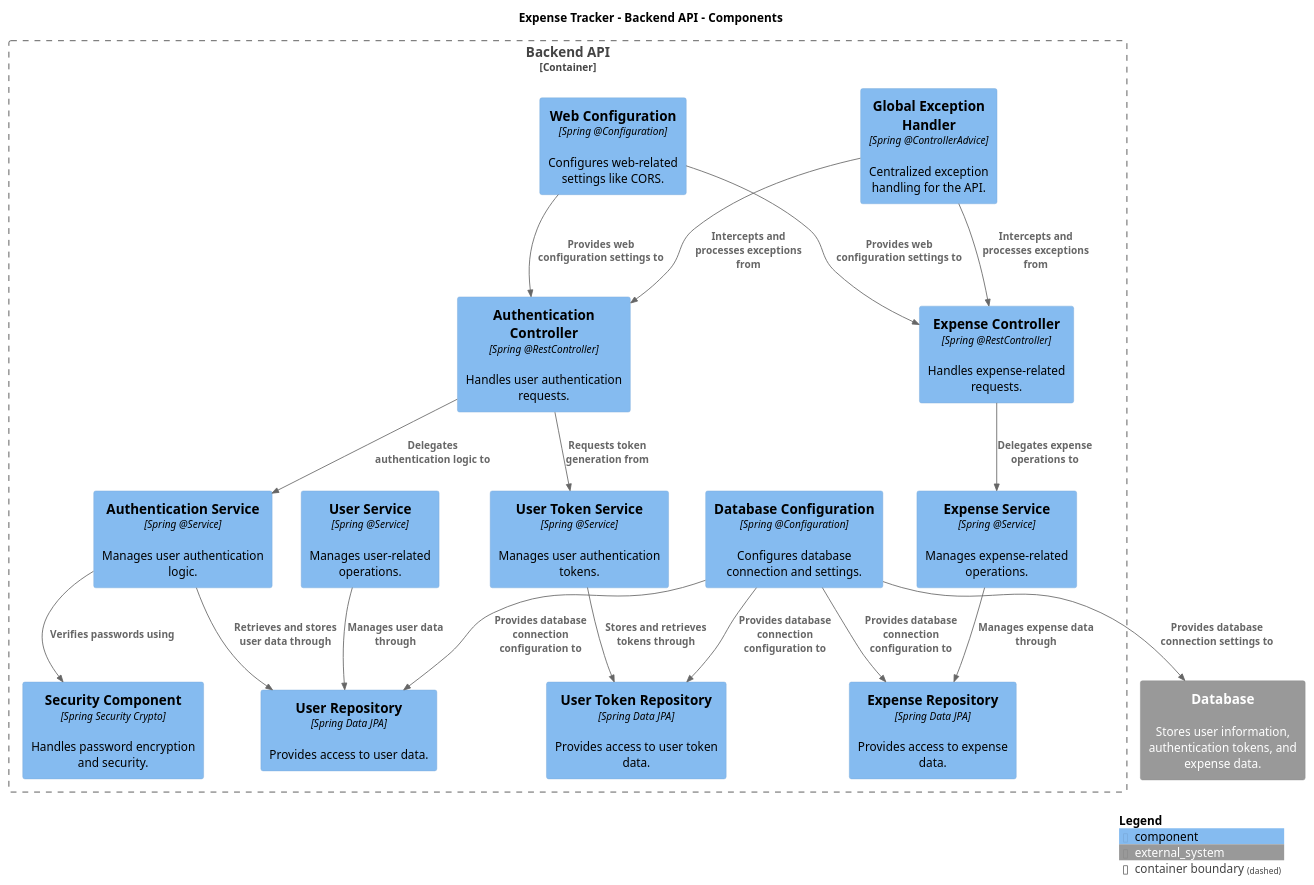
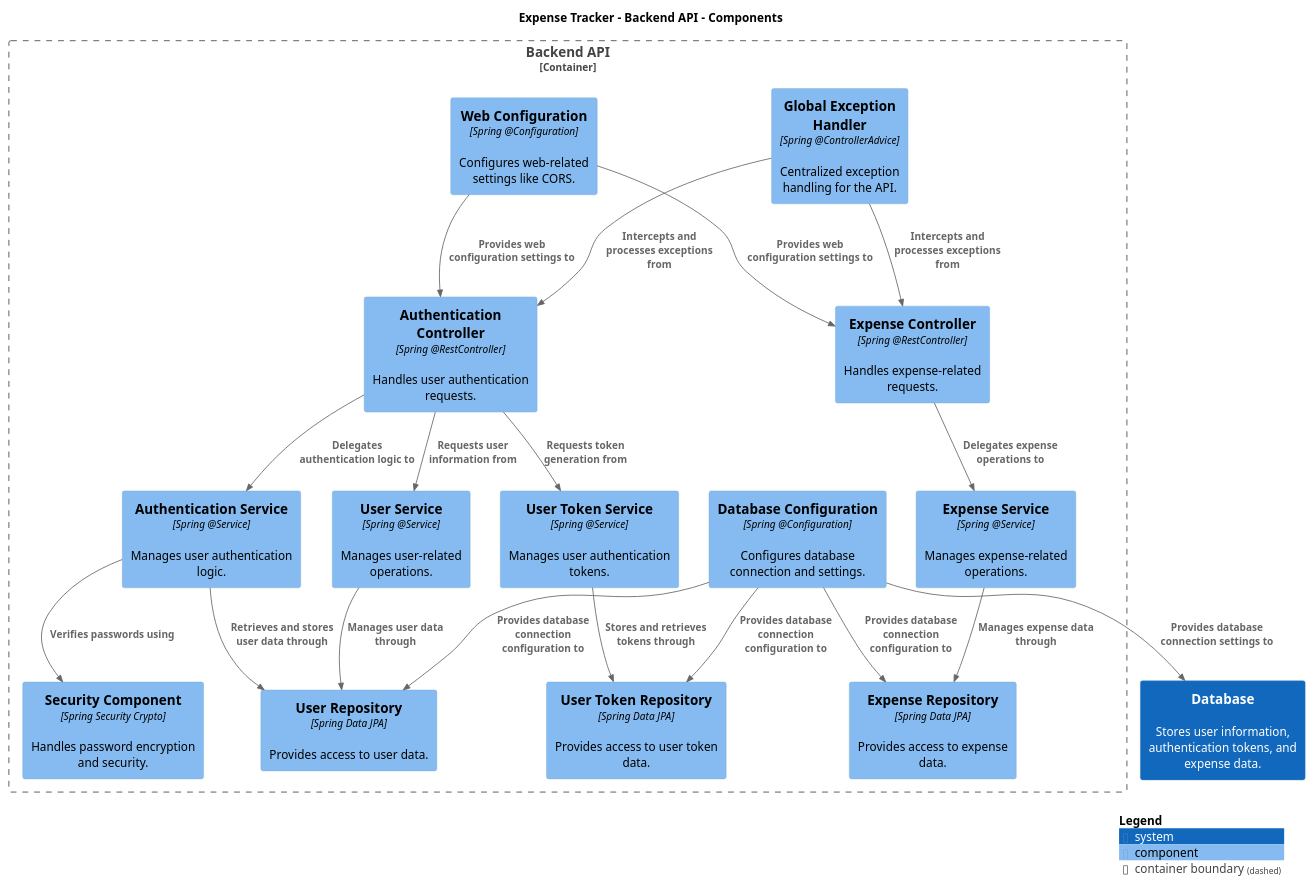
The diagram in docs/week-2/pedro/FSWD-component.plantuml (AIM-ENE-feb25/triptop-groep-3-pedro-ramon-mees), drawn with PlantUML before and after one commit. The commit also changed 1 other file, not shown here.

Commit message:
added a relationship from authController to userService

```diff
--- a/docs/week-2/pedro/FSWD-component.plantuml
+++ b/docs/week-2/pedro/FSWD-component.plantuml
@@ -1,47 +1,48 @@
 @startuml
 set separator none
 title Expense Tracker - Backend API - Components
 
 top to bottom direction
 
 !include <C4/C4>
 !include <C4/C4_Context>
 !include <C4/C4_Component>
 
-System_Ext(Database, "Database", $descr="Stores user information, authentication tokens, and expense data.", $tags="", $link="")
+System(Database, "Database", $descr="Stores user information, authentication tokens, and expense data.", $tags="", $link="")
 
 Container_Boundary("ExpenseTracker.BackendAPI_boundary", "Backend API", $tags="") {
   Component(ExpenseTracker.BackendAPI.AuthenticationService, "Authentication Service", $techn="Spring @Service", $descr="Manages user authentication logic.", $tags="", $link="")
   Component(ExpenseTracker.BackendAPI.UserService, "User Service", $techn="Spring @Service", $descr="Manages user-related operations.", $tags="", $link="")
   Component(ExpenseTracker.BackendAPI.ExpenseService, "Expense Service", $techn="Spring @Service", $descr="Manages expense-related operations.", $tags="", $link="")
   Component(ExpenseTracker.BackendAPI.UserTokenService, "User Token Service", $techn="Spring @Service", $descr="Manages user authentication tokens.", $tags="", $link="")
   Component(ExpenseTracker.BackendAPI.UserRepository, "User Repository", $techn="Spring Data JPA", $descr="Provides access to user data.", $tags="", $link="")
   Component(ExpenseTracker.BackendAPI.ExpenseRepository, "Expense Repository", $techn="Spring Data JPA", $descr="Provides access to expense data.", $tags="", $link="")
   Component(ExpenseTracker.BackendAPI.UserTokenRepository, "User Token Repository", $techn="Spring Data JPA", $descr="Provides access to user token data.", $tags="", $link="")
   Component(ExpenseTracker.BackendAPI.SecurityComponent, "Security Component", $techn="Spring Security Crypto", $descr="Handles password encryption and security.", $tags="", $link="")
   Component(ExpenseTracker.BackendAPI.GlobalExceptionHandler, "Global Exception Handler", $techn="Spring @ControllerAdvice", $descr="Centralized exception handling for the API.", $tags="", $link="")
   Component(ExpenseTracker.BackendAPI.WebConfiguration, "Web Configuration", $techn="Spring @Configuration", $descr="Configures web-related settings like CORS.", $tags="", $link="")
   Component(ExpenseTracker.BackendAPI.DatabaseConfiguration, "Database Configuration", $techn="Spring @Configuration", $descr="Configures database connection and settings.", $tags="", $link="")
   Component(ExpenseTracker.BackendAPI.AuthenticationController, "Authentication Controller", $techn="Spring @RestController", $descr="Handles user authentication requests.", $tags="", $link="")
   Component(ExpenseTracker.BackendAPI.ExpenseController, "Expense Controller", $techn="Spring @RestController", $descr="Handles expense-related requests.", $tags="", $link="")
 }
 
 Rel(ExpenseTracker.BackendAPI.AuthenticationController, ExpenseTracker.BackendAPI.AuthenticationService, "Delegates authentication logic to", $techn="", $tags="", $link="")
+Rel(ExpenseTracker.BackendAPI.AuthenticationController, ExpenseTracker.BackendAPI.UserService, "Requests user information from", $techn="", $tags="", $link="")
 Rel(ExpenseTracker.BackendAPI.AuthenticationController, ExpenseTracker.BackendAPI.UserTokenService, "Requests token generation from", $techn="", $tags="", $link="")
 Rel(ExpenseTracker.BackendAPI.ExpenseController, ExpenseTracker.BackendAPI.ExpenseService, "Delegates expense operations to", $techn="", $tags="", $link="")
 Rel(ExpenseTracker.BackendAPI.AuthenticationService, ExpenseTracker.BackendAPI.UserRepository, "Retrieves and stores user data through", $techn="", $tags="", $link="")
 Rel(ExpenseTracker.BackendAPI.AuthenticationService, ExpenseTracker.BackendAPI.SecurityComponent, "Verifies passwords using", $techn="", $tags="", $link="")
 Rel(ExpenseTracker.BackendAPI.UserService, ExpenseTracker.BackendAPI.UserRepository, "Manages user data through", $techn="", $tags="", $link="")
 Rel(ExpenseTracker.BackendAPI.ExpenseService, ExpenseTracker.BackendAPI.ExpenseRepository, "Manages expense data through", $techn="", $tags="", $link="")
 Rel(ExpenseTracker.BackendAPI.UserTokenService, ExpenseTracker.BackendAPI.UserTokenRepository, "Stores and retrieves tokens through", $techn="", $tags="", $link="")
 Rel(ExpenseTracker.BackendAPI.WebConfiguration, ExpenseTracker.BackendAPI.AuthenticationController, "Provides web configuration settings to", $techn="", $tags="", $link="")
 Rel(ExpenseTracker.BackendAPI.WebConfiguration, ExpenseTracker.BackendAPI.ExpenseController, "Provides web configuration settings to", $techn="", $tags="", $link="")
 Rel(ExpenseTracker.BackendAPI.DatabaseConfiguration, Database, "Provides database connection settings to", $techn="", $tags="", $link="")
 Rel(ExpenseTracker.BackendAPI.DatabaseConfiguration, ExpenseTracker.BackendAPI.UserRepository, "Provides database connection configuration to", $techn="", $tags="", $link="")
 Rel(ExpenseTracker.BackendAPI.DatabaseConfiguration, ExpenseTracker.BackendAPI.ExpenseRepository, "Provides database connection configuration to", $techn="", $tags="", $link="")
 Rel(ExpenseTracker.BackendAPI.DatabaseConfiguration, ExpenseTracker.BackendAPI.UserTokenRepository, "Provides database connection configuration to", $techn="", $tags="", $link="")
 Rel(ExpenseTracker.BackendAPI.GlobalExceptionHandler, ExpenseTracker.BackendAPI.AuthenticationController, "Intercepts and processes exceptions from", $techn="", $tags="", $link="")
 Rel(ExpenseTracker.BackendAPI.GlobalExceptionHandler, ExpenseTracker.BackendAPI.ExpenseController, "Intercepts and processes exceptions from", $techn="", $tags="", $link="")
 
 SHOW_LEGEND(true)
 @enduml
```
